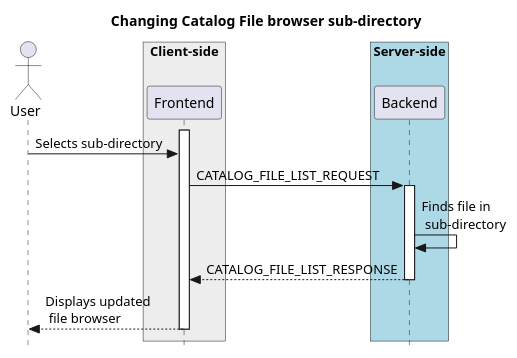
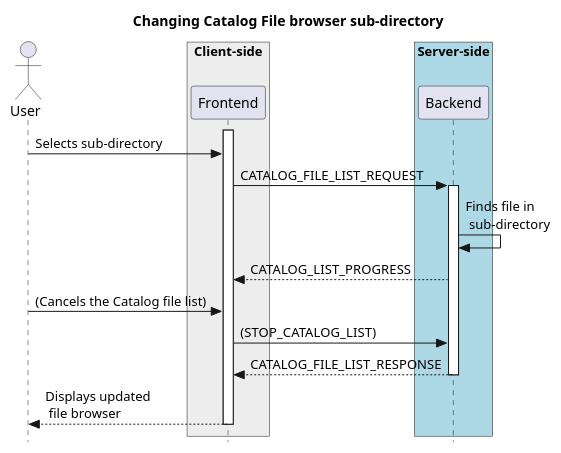
One commit to CARTAvis/carta-protobuf changed the first of 5 diagrams in docs/src/catalog_overlay.rst. Above: the diagram before and after it, drawn with PlantUML. The commit also changed 1 other file, not shown here.

Commit message:
update UML plots

```diff
--- a/docs/src/catalog_overlay.rst
+++ b/docs/src/catalog_overlay.rst
@@ -13,23 +13,26 @@
 .. uml::
     
     skinparam style strictuml
     hide footbox
     title Changing Catalog File browser sub-directory
     
     actor User
     box "Client-side" #EDEDED
     participant Frontend
     end box
     
     box "Server-side" #lightblue
     participant Backend
     end box
     activate Frontend
     User -> Frontend : Selects sub-directory
     Frontend -> Backend : CATALOG_FILE_LIST_REQUEST
     activate Backend
     Backend -> Backend : Finds file in \n sub-directory
+    Frontend <-- Backend : CATALOG_LIST_PROGRESS
+    User -> Frontend : (Cancels the Catalog file list)
+    Frontend -> Backend : (STOP_CATALOG_LIST)
     Frontend <-- Backend : CATALOG_FILE_LIST_RESPONSE
     deactivate Backend
     User <-- Frontend : Displays updated \n file browser
     deactivate Frontend
```
